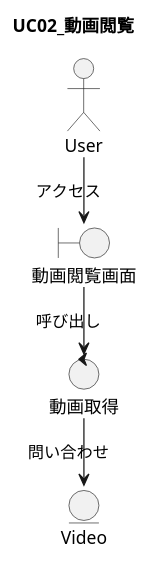
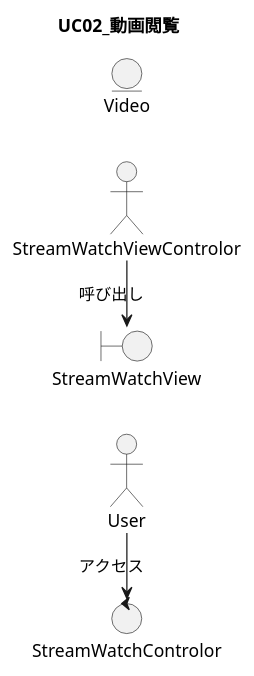
Before and after one commit to kazogihara/Spies: the diagram in 01_doc/05_Comunication_Diagram/uc02_動画閲覧_communication_diagram.wsd, drawn with PlantUML. The commit also changed other lines of this file and 5 other files, not shown here.

Commit message:
add architecture

```diff
--- a/01_doc/05_Comunication_Diagram/uc02_動画閲覧_communication_diagram.wsd
+++ b/01_doc/05_Comunication_Diagram/uc02_動画閲覧_communication_diagram.wsd
@@ -1,18 +2,17 @@
 @startuml UC02_動画閲覧
 title UC02_動画閲覧
 
 'Direction of diagram flow can be selected.
 left to right direction
 
 
 actor User
-boundary 動画閲覧画面
-control 動画取得
+boundary StreamWatchView
+control StreamWatchControlor
 entity Video
 
 
-User -> 動画閲覧画面 : アクセス
-動画閲覧画面 -> 動画取得 : 呼び出し
-動画取得 -> Video : 問い合わせ
+User -> StreamWatchControlor : アクセス
+StreamWatchViewControlor -> StreamWatchView : 呼び出し
 
 @enduml
```
